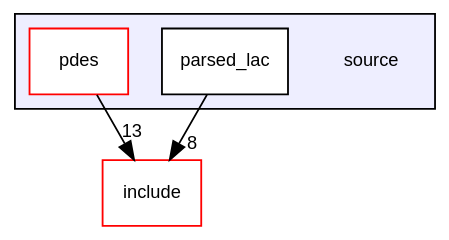
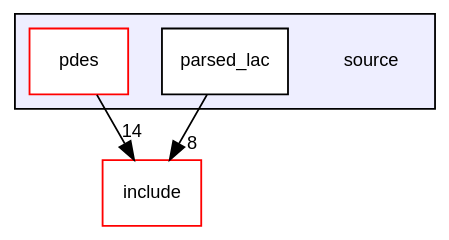
One commit to luca-heltai/fsi-suite changed the diagram in dir_b2f33c71d4aa5e7af42a1ca61ff5af1b_dep.dot. Above: the diagram before and after it, drawn with Graphviz. The commit also changed 859 other files, not shown here.

```diff
--- a/dir_b2f33c71d4aa5e7af42a1ca61ff5af1b_dep.dot
+++ b/dir_b2f33c71d4aa5e7af42a1ca61ff5af1b_dep.dot
@@ -1,15 +1,15 @@
 digraph "source" {
   bgcolor=transparent;
   compound=true
   node [ fontsize="10", fontname="Helvetica"];
   edge [ labelfontsize="10", labelfontname="Helvetica"];
   subgraph clusterdir_b2f33c71d4aa5e7af42a1ca61ff5af1b {
     graph [ bgcolor="#eeeeff", pencolor="black", label="" URL="dir_b2f33c71d4aa5e7af42a1ca61ff5af1b.html"];
     dir_b2f33c71d4aa5e7af42a1ca61ff5af1b [shape=plaintext label="source"];
     dir_391f36ef54c6909ec58be9eca8862451 [shape=box label="parsed_lac" color="black" fillcolor="white" style="filled" URL="dir_391f36ef54c6909ec58be9eca8862451.html"];
     dir_863924b7d266e6f7561da03323982265 [shape=box label="pdes" color="red" fillcolor="white" style="filled" URL="dir_863924b7d266e6f7561da03323982265.html"];
   }
   dir_d44c64559bbebec7f509842c48db8b23 [shape=box label="include" color="red" URL="dir_d44c64559bbebec7f509842c48db8b23.html"];
-  dir_863924b7d266e6f7561da03323982265->dir_d44c64559bbebec7f509842c48db8b23 [headlabel="13", labeldistance=1.5 headhref="dir_000010_000002.html"];
+  dir_863924b7d266e6f7561da03323982265->dir_d44c64559bbebec7f509842c48db8b23 [headlabel="14", labeldistance=1.5 headhref="dir_000010_000002.html"];
   dir_391f36ef54c6909ec58be9eca8862451->dir_d44c64559bbebec7f509842c48db8b23 [headlabel="8", labeldistance=1.5 headhref="dir_000009_000002.html"];
 }
```
